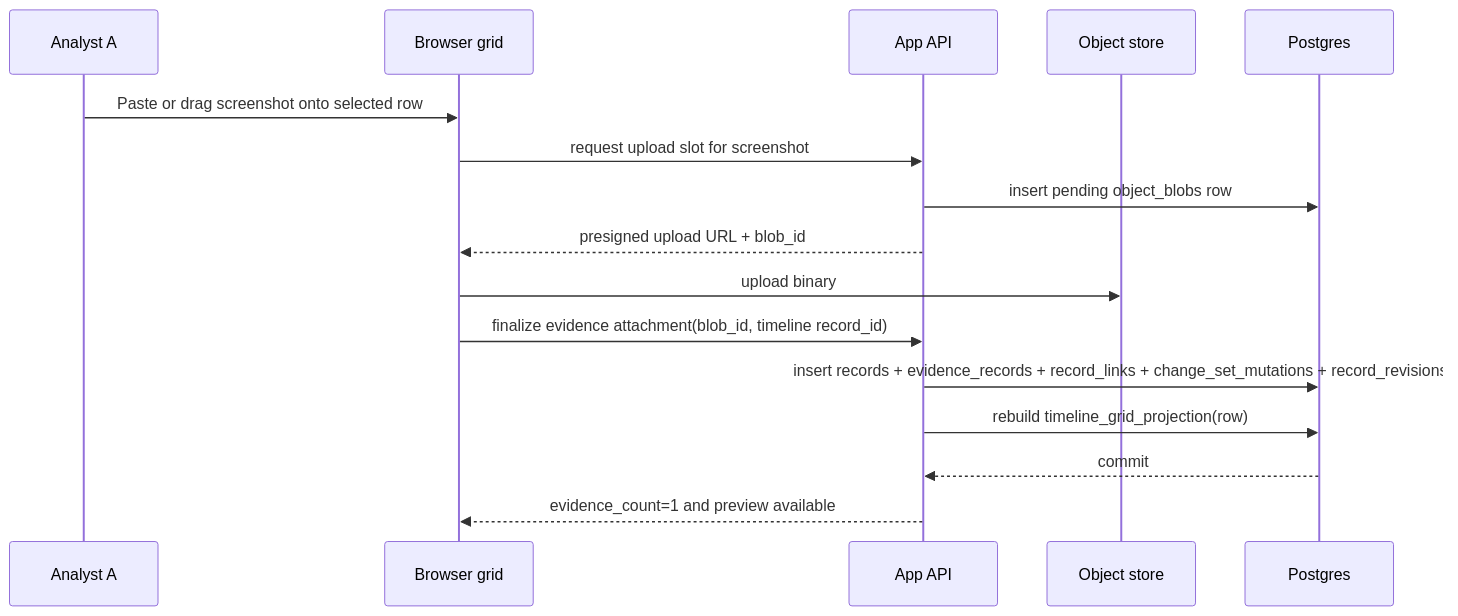
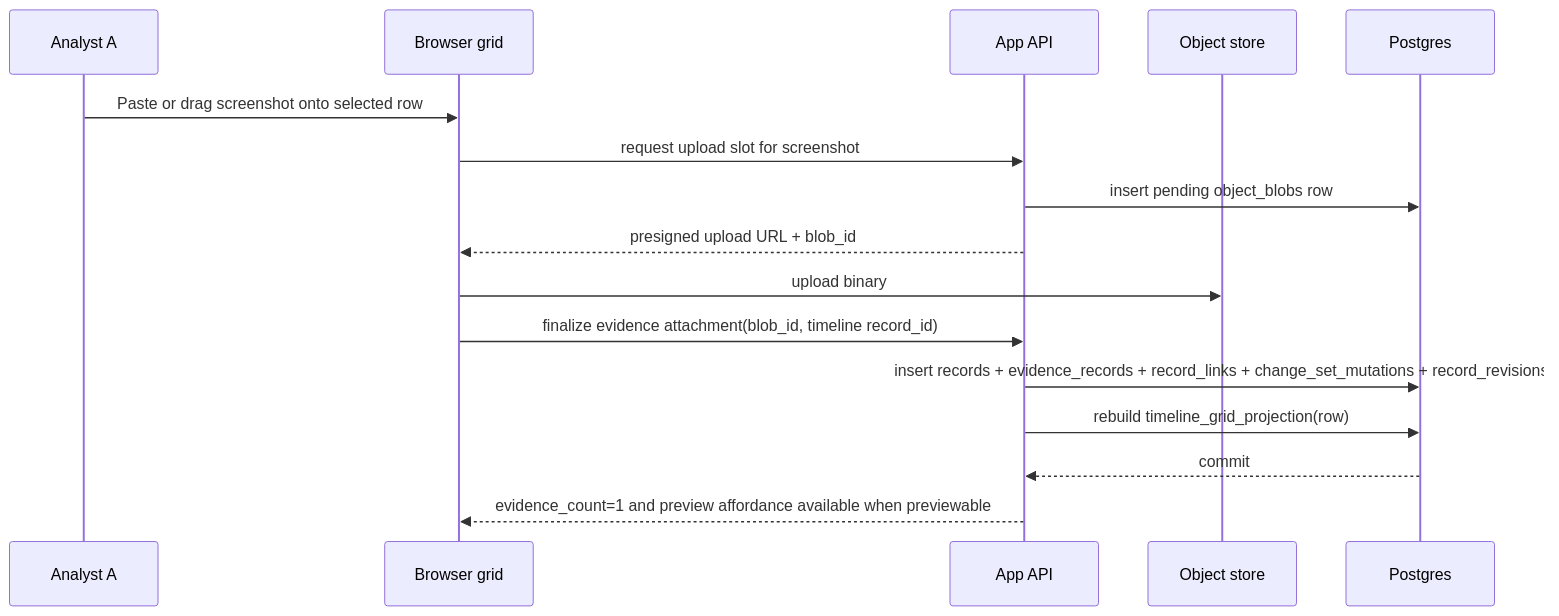
The second of 8 diagrams in docs/spec/D_workflow_and_ui_illustrations_source_extract.md (JochiRaider/cartulary), drawn with Mermaid before and after one commit. The commit also changed other lines of this file and 9 other files, not shown here.

````diff
--- a/docs/spec/D_workflow_and_ui_illustrations_source_extract.md
+++ b/docs/spec/D_workflow_and_ui_illustrations_source_extract.md
@@ -41,19 +41,19 @@
 ```mermaid
 sequenceDiagram
     participant A as Analyst A
     participant UI as Browser grid
     participant App as App API
     participant OBJ as Object store
     participant PG as Postgres
 
     A->>UI: Paste or drag screenshot onto selected row
     UI->>App: request upload slot for screenshot
     App->>PG: insert pending object_blobs row
     App-->>UI: presigned upload URL + blob_id
     UI->>OBJ: upload binary
     UI->>App: finalize evidence attachment(blob_id, timeline record_id)
     App->>PG: insert records + evidence_records + record_links + change_set_mutations + record_revisions
     App->>PG: rebuild timeline_grid_projection(row)
     PG-->>App: commit
-    App-->>UI: evidence_count=1 and preview available
+    App-->>UI: evidence_count=1 and preview affordance available when previewable
 ```
````
